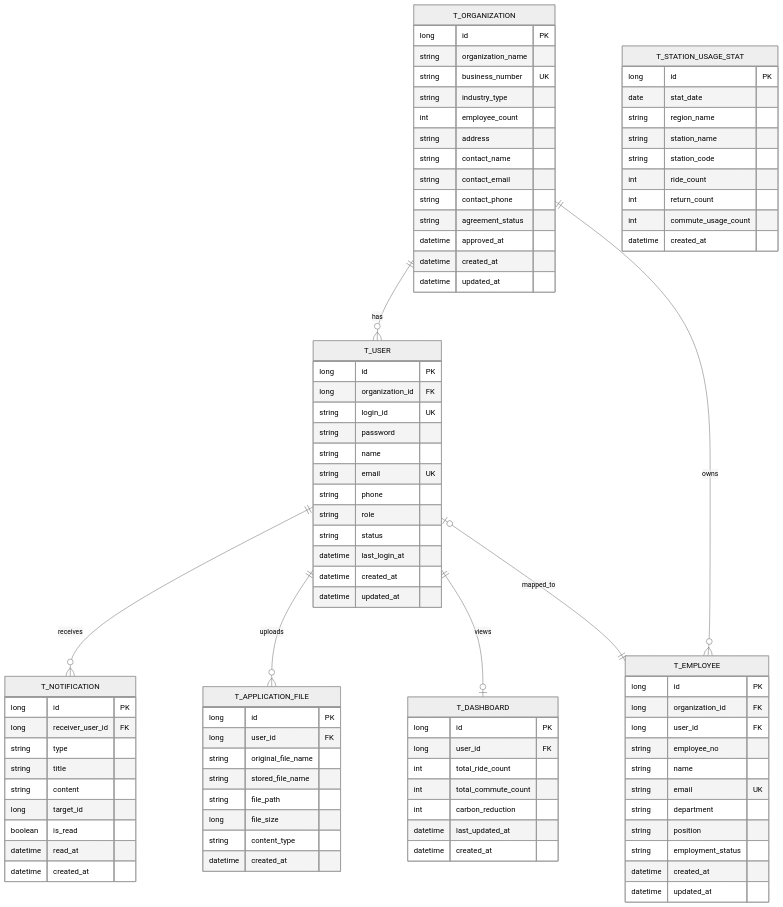
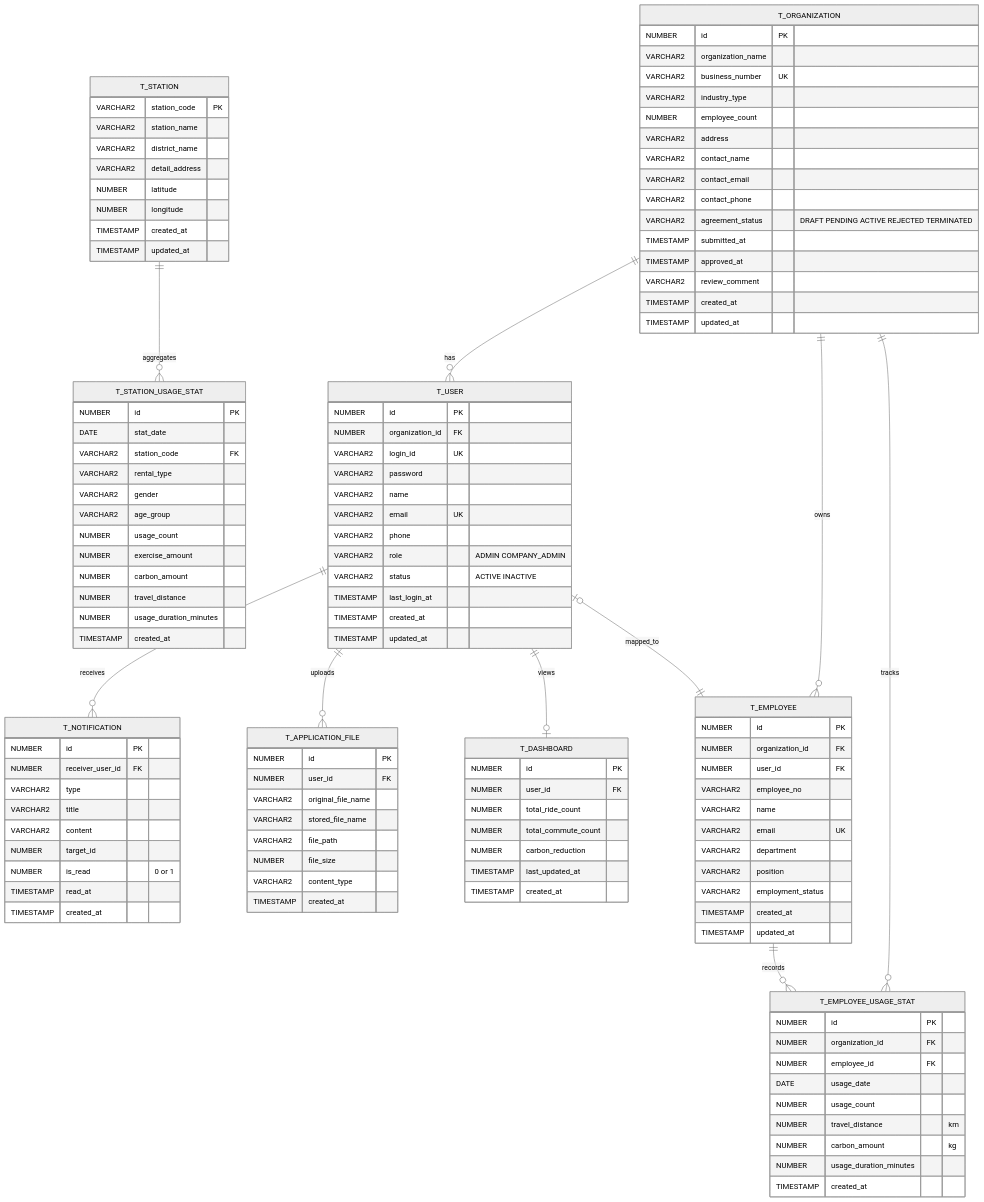
Before and after one commit to Tta-It/tta-it-backend: the diagram in docs/erd.md, drawn with Mermaid (neutral theme). The commit also changed other lines of this file, not shown here.

Commit message:
docs: 프로젝트 ERD 및 테이블/인덱스 요약 정리

````diff
--- a/docs/erd.md
+++ b/docs/erd.md
@@ -8,98 +8,129 @@
 erDiagram
     T_ORGANIZATION ||--o{ T_USER : "has"
     T_ORGANIZATION ||--o{ T_EMPLOYEE : "owns"
+    T_ORGANIZATION ||--o{ T_EMPLOYEE_USAGE_STAT : "tracks"
     T_USER ||--o{ T_NOTIFICATION : "receives"
     T_USER ||--o{ T_APPLICATION_FILE : "uploads"
     T_USER ||--o| T_DASHBOARD : "views"
     T_USER o|--|| T_EMPLOYEE : "mapped_to"
+    T_EMPLOYEE ||--o{ T_EMPLOYEE_USAGE_STAT : "records"
+    T_STATION ||--o{ T_STATION_USAGE_STAT : "aggregates"
 
     T_ORGANIZATION {
-        long id PK
-        string organization_name
-        string business_number UK
-        string industry_type
-        int employee_count
-        string address
-        string contact_name
-        string contact_email
-        string contact_phone
-        string agreement_status
-        datetime approved_at
-        datetime created_at
-        datetime updated_at
+        NUMBER id PK
+        VARCHAR2 organization_name
+        VARCHAR2 business_number UK
+        VARCHAR2 industry_type
+        NUMBER employee_count
+        VARCHAR2 address
+        VARCHAR2 contact_name
+        VARCHAR2 contact_email
+        VARCHAR2 contact_phone
+        VARCHAR2 agreement_status "DRAFT PENDING ACTIVE REJECTED TERMINATED"
+        TIMESTAMP submitted_at
+        TIMESTAMP approved_at
+        VARCHAR2 review_comment
+        TIMESTAMP created_at
+        TIMESTAMP updated_at
     }
 
     T_USER {
-        long id PK
-        long organization_id FK
-        string login_id UK
-        string password
-        string name
-        string email UK
-        string phone
-        string role
-        string status
-        datetime last_login_at
-        datetime created_at
-        datetime updated_at
+        NUMBER id PK
+        NUMBER organization_id FK
+        VARCHAR2 login_id UK
+        VARCHAR2 password
+        VARCHAR2 name
+        VARCHAR2 email UK
+        VARCHAR2 phone
+        VARCHAR2 role "ADMIN COMPANY_ADMIN"
+        VARCHAR2 status "ACTIVE INACTIVE"
+        TIMESTAMP last_login_at
+        TIMESTAMP created_at
+        TIMESTAMP updated_at
     }
 
     T_EMPLOYEE {
-        long id PK
-        long organization_id FK
-        long user_id FK
-        string employee_no
-        string name
-        string email UK
-        string department
-        string position
-        string employment_status
-        datetime created_at
-        datetime updated_at
+        NUMBER id PK
+        NUMBER organization_id FK
+        NUMBER user_id FK
+        VARCHAR2 employee_no
+        VARCHAR2 name
+        VARCHAR2 email UK
+        VARCHAR2 department
+        VARCHAR2 position
+        VARCHAR2 employment_status
+        TIMESTAMP created_at
+        TIMESTAMP updated_at
+    }
+
+    T_EMPLOYEE_USAGE_STAT {
+        NUMBER id PK
+        NUMBER organization_id FK
+        NUMBER employee_id FK
+        DATE usage_date
+        NUMBER usage_count
+        NUMBER travel_distance "km"
+        NUMBER carbon_amount "kg"
+        NUMBER usage_duration_minutes
+        TIMESTAMP created_at
+    }
+
+    T_STATION {
+        VARCHAR2 station_code PK
+        VARCHAR2 station_name
+        VARCHAR2 district_name
+        VARCHAR2 detail_address
+        NUMBER latitude
+        NUMBER longitude
+        TIMESTAMP created_at
+        TIMESTAMP updated_at
     }
 
     T_STATION_USAGE_STAT {
-        long id PK
-        date stat_date
-        string region_name
-        string station_name
-        string station_code
-        int ride_count
-        int return_count
-        int commute_usage_count
-        datetime created_at
+        NUMBER id PK
+        DATE stat_date
+        VARCHAR2 station_code FK
+        VARCHAR2 rental_type
+        VARCHAR2 gender
+        VARCHAR2 age_group
+        NUMBER usage_count
+        NUMBER exercise_amount
+        NUMBER carbon_amount
+        NUMBER travel_distance
+        NUMBER usage_duration_minutes
+        TIMESTAMP created_at
+    }
+
+    T_NOTIFICATION {
+        NUMBER id PK
+        NUMBER receiver_user_id FK
+        VARCHAR2 type
+        VARCHAR2 title
+        VARCHAR2 content
+        NUMBER target_id
+        NUMBER is_read "0 or 1"
+        TIMESTAMP read_at
+        TIMESTAMP created_at
+    }
+
+    T_APPLICATION_FILE {
+        NUMBER id PK
+        NUMBER user_id FK
+        VARCHAR2 original_file_name
+        VARCHAR2 stored_file_name
+        VARCHAR2 file_path
+        NUMBER file_size
+        VARCHAR2 content_type
+        TIMESTAMP created_at
     }
 
     T_DASHBOARD {
-        long id PK
-        long user_id FK
-        int total_ride_count
-        int total_commute_count
-        int carbon_reduction
-        datetime last_updated_at
-        datetime created_at
-    }
-
-    T_NOTIFICATION {
-        long id PK
-        long receiver_user_id FK
-        string type
-        string title
-        string content
-        long target_id
-        boolean is_read
-        datetime read_at
-        datetime created_at
-    }
-
-    T_APPLICATION_FILE {
-        long id PK
-        long user_id FK
-        string original_file_name
-        string stored_file_name
-        string file_path
-        long file_size
-        string content_type
-        datetime created_at
+        NUMBER id PK
+        NUMBER user_id FK
+        NUMBER total_ride_count
+        NUMBER total_commute_count
+        NUMBER carbon_reduction
+        TIMESTAMP last_updated_at
+        TIMESTAMP created_at
     }
 ```
````
